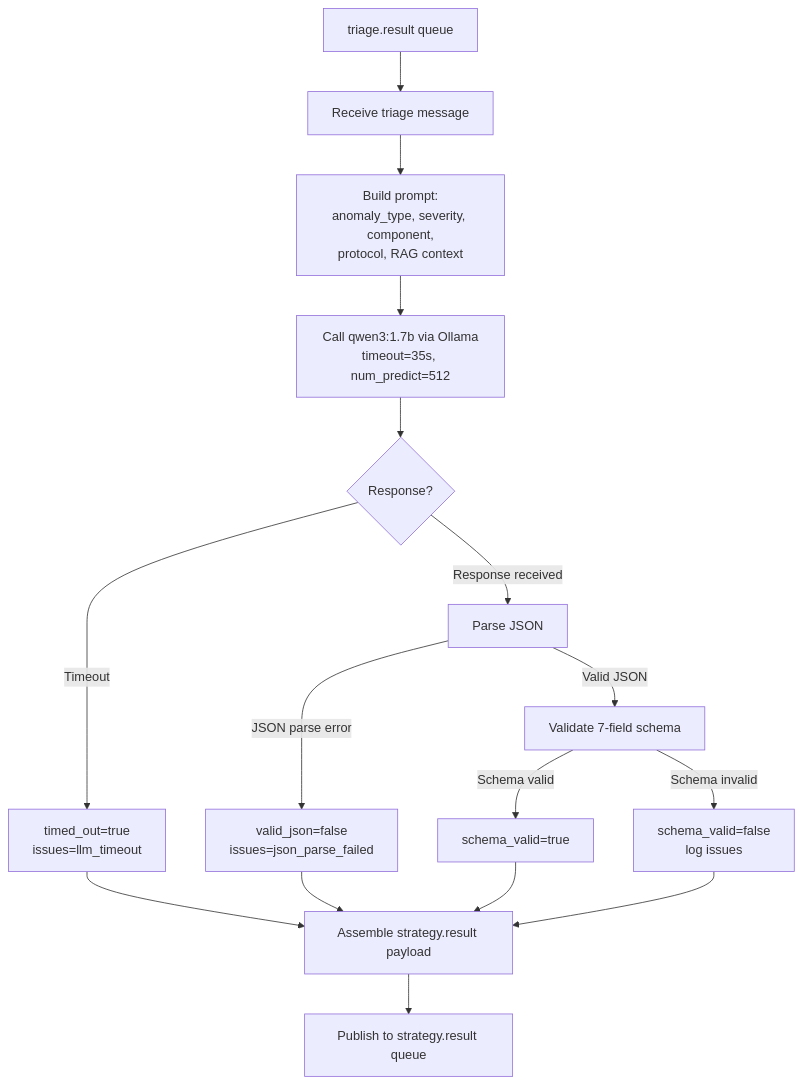
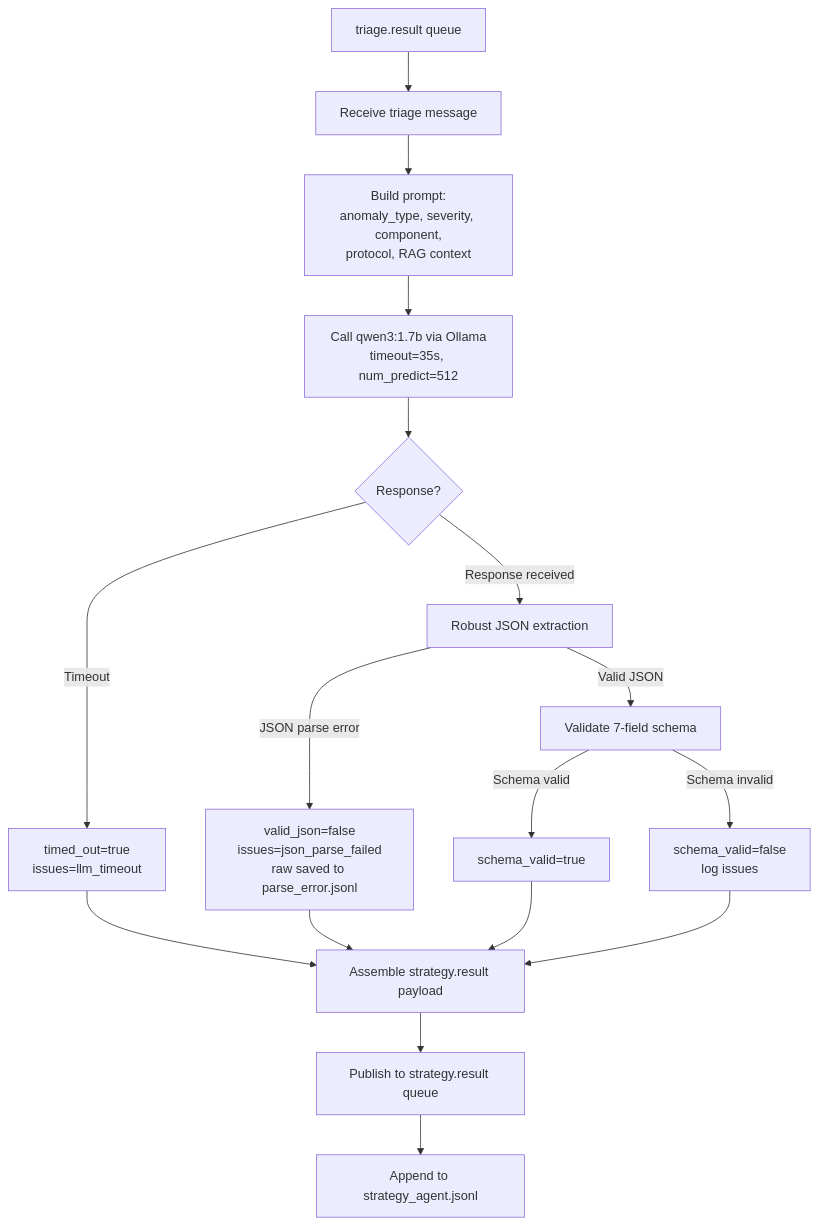
Before and after one commit to Spectre206/fyp-pipeline: the second of 4 diagrams in layer2/docs/layer2_component_log.md, drawn with Mermaid. The commit also changed other lines of this file and 10 other files, not shown here.

````diff
--- a/layer2/docs/layer2_component_log.md
+++ b/layer2/docs/layer2_component_log.md
@@ -102,18 +104,19 @@
 ```mermaid
 flowchart TD
     A[triage.result queue] --> B[Receive triage message]
     B --> C["Build prompt:<br/>anomaly_type, severity, component,<br/>protocol, RAG context"]
     C --> D["Call qwen3:1.7b via Ollama<br/>timeout=35s, num_predict=512"]
     D --> E{Response?}
     E -- Timeout --> F["timed_out=true<br/>issues=llm_timeout"]
-    E -- Response received --> G[Parse JSON]
+    E -- Response received --> G[Robust JSON extraction]
     G -- Valid JSON --> H[Validate 7-field schema]
-    G -- JSON parse error --> I["valid_json=false<br/>issues=json_parse_failed"]
+    G -- JSON parse error --> I["valid_json=false<br/>issues=json_parse_failed<br/>raw saved to parse_error.jsonl"]
     H -- Schema valid --> J[schema_valid=true]
     H -- Schema invalid --> K["schema_valid=false<br/>log issues"]
     F --> L[Assemble strategy.result payload]
     I --> L
     J --> L
     K --> L
     L --> M[Publish to strategy.result queue]
+    M --> N[Append to strategy_agent.jsonl]
 ```
````
